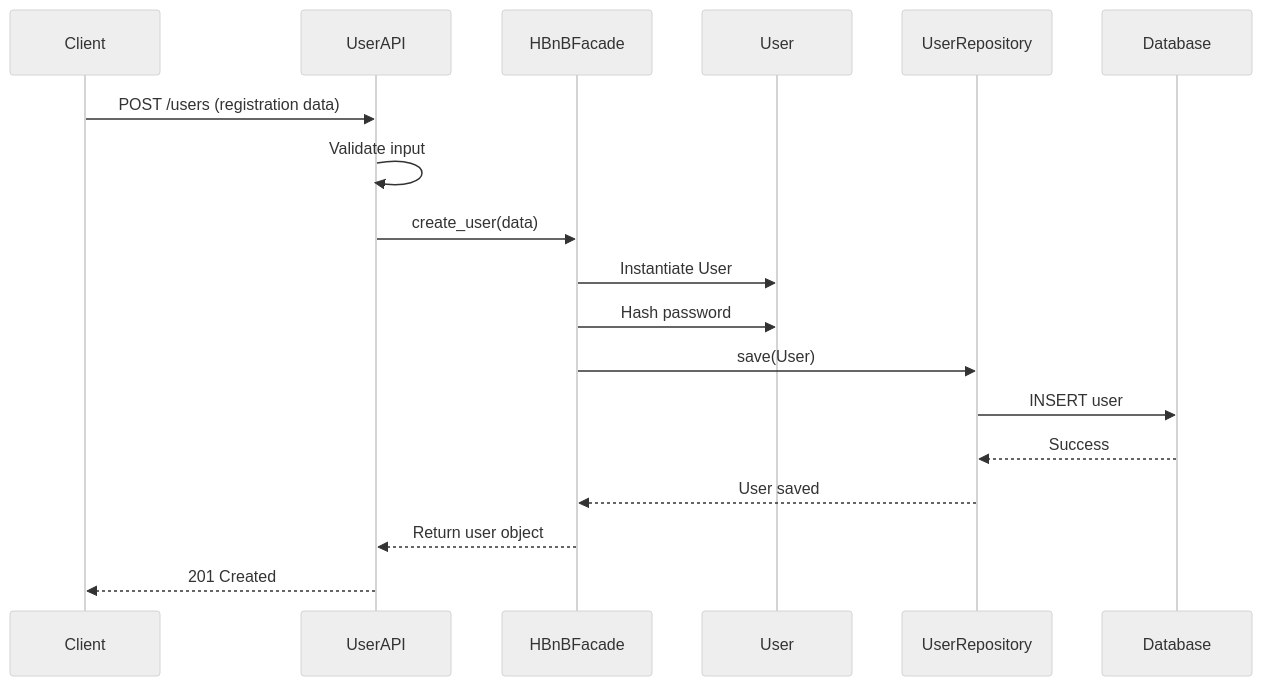
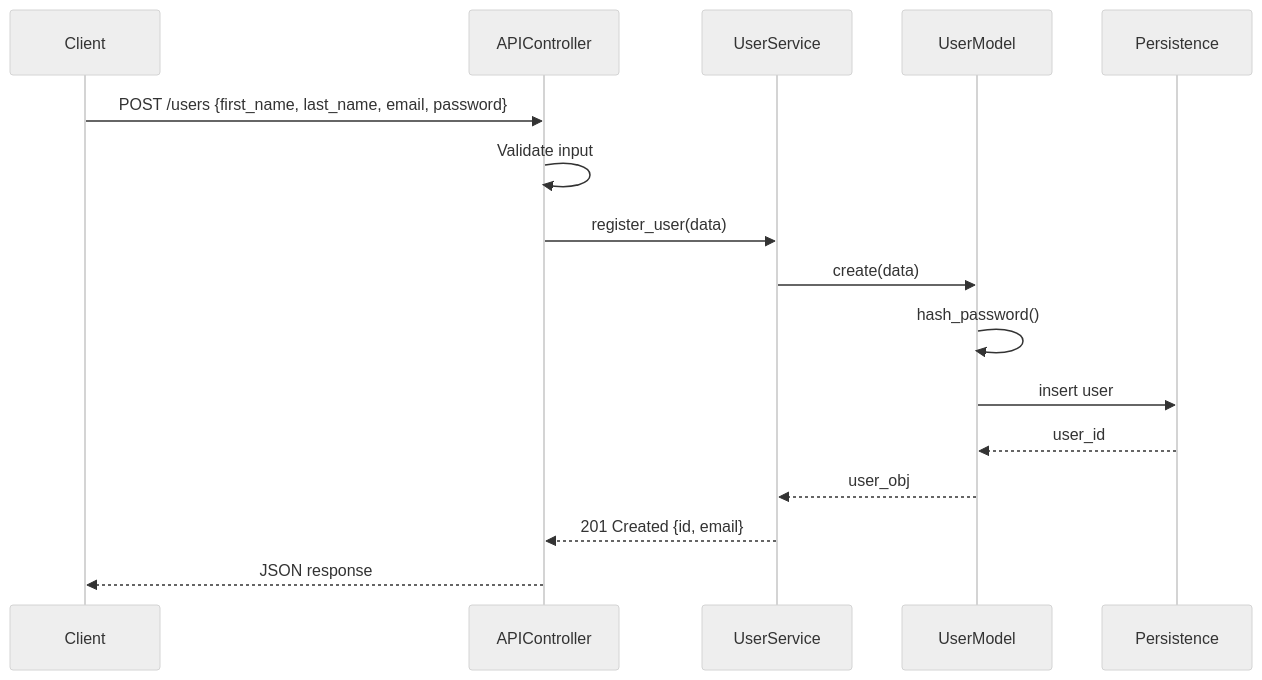
Before and after one commit to laetitiagrondin/holbertonschool-hbnb: the first of 4 diagrams in part1/Sequence_Diagrams.md, drawn with Mermaid (neutral theme). The commit also changed other lines of this file, not shown here.

Commit message:
Modified code for diagrams

````diff
--- a/part1/Sequence_Diagrams.md
+++ b/part1/Sequence_Diagrams.md
@@ -3,21 +3,19 @@
 ```mermaid
 sequenceDiagram
     participant Client
-    participant UserAPI
-    participant HBnBFacade
-    participant User
-    participant UserRepository
-    participant Database
+    participant APIController
+    participant UserService
+    participant UserModel
+    participant Persistence
 
-    Client->>UserAPI: POST /users (registration data)
-    UserAPI->>UserAPI: Validate input
-    UserAPI->>HBnBFacade: create_user(data)
-    HBnBFacade->>User: Instantiate User
-    HBnBFacade->>User: Hash password
-    HBnBFacade->>UserRepository: save(User)
-    UserRepository->>Database: INSERT user
-    Database-->>UserRepository: Success
-    UserRepository-->>HBnBFacade: User saved
-    HBnBFacade-->>UserAPI: Return user object
-    UserAPI-->>Client: 201 Created
+    Client->>APIController: POST /users {first_name, last_name, email, password}
+    APIController->>APIController: Validate input
+    APIController->>UserService: register_user(data)
+    UserService->>UserModel: create(data)
+    UserModel->>UserModel: hash_password()
+    UserModel->>Persistence: insert user
+    Persistence-->>UserModel: user_id
+    UserModel-->>UserService: user_obj
+    UserService-->>APIController: 201 Created {id, email}
+    APIController-->>Client: JSON response
 ```
````
